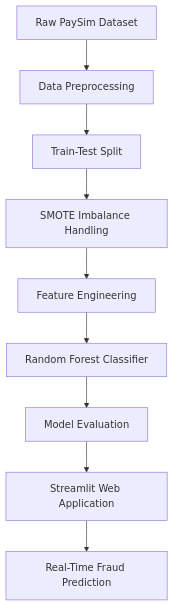
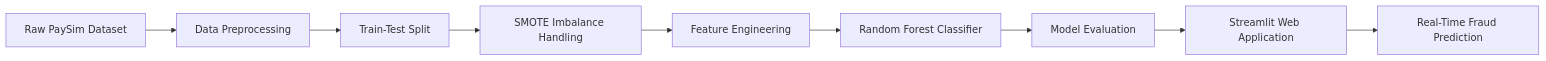
One commit to rahul2k57/financial-fraud-detection-system changed the diagram in README.md. Above: the diagram before and after it, drawn with Mermaid.

````diff
--- a/README.md
+++ b/README.md
@@ -34,11 +34,11 @@
 ```mermaid
-graph TD
+graph LR
     A[Raw PaySim Dataset] --> B[Data Preprocessing]
     B --> C[Train-Test Split]
     C --> D[SMOTE Imbalance Handling]
     D --> E[Feature Engineering]
     E --> F[Random Forest Classifier]
     F --> G[Model Evaluation]
     G --> H[Streamlit Web Application]
     H --> I[Real-Time Fraud Prediction]
 ```
````
